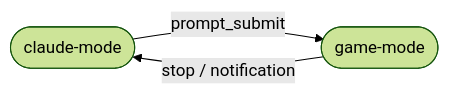
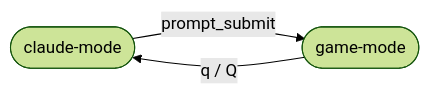
Before and after one commit to vivaxy/claude-code-game-hub: the diagram in docs/design.md, drawn with Mermaid (forest theme). The commit also changed other lines of this file and 7 other files, not shown here.

````diff
--- a/docs/design.md
+++ b/docs/design.md
@@ -17,5 +17,5 @@
 ```mermaid
 flowchart LR
     claude([claude-mode]) -->|prompt_submit| game([game-mode])
-    game -->|stop / notification| claude
+    game -->|q / Q| claude
 ```
````
